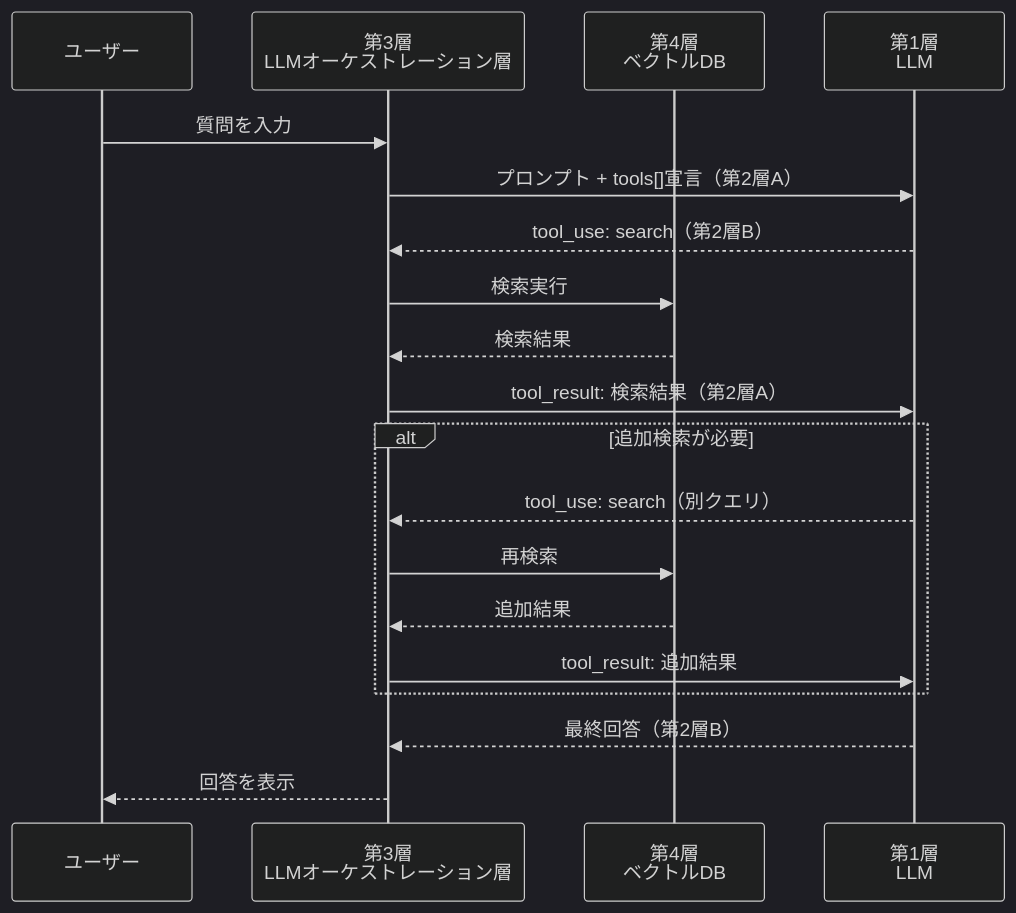
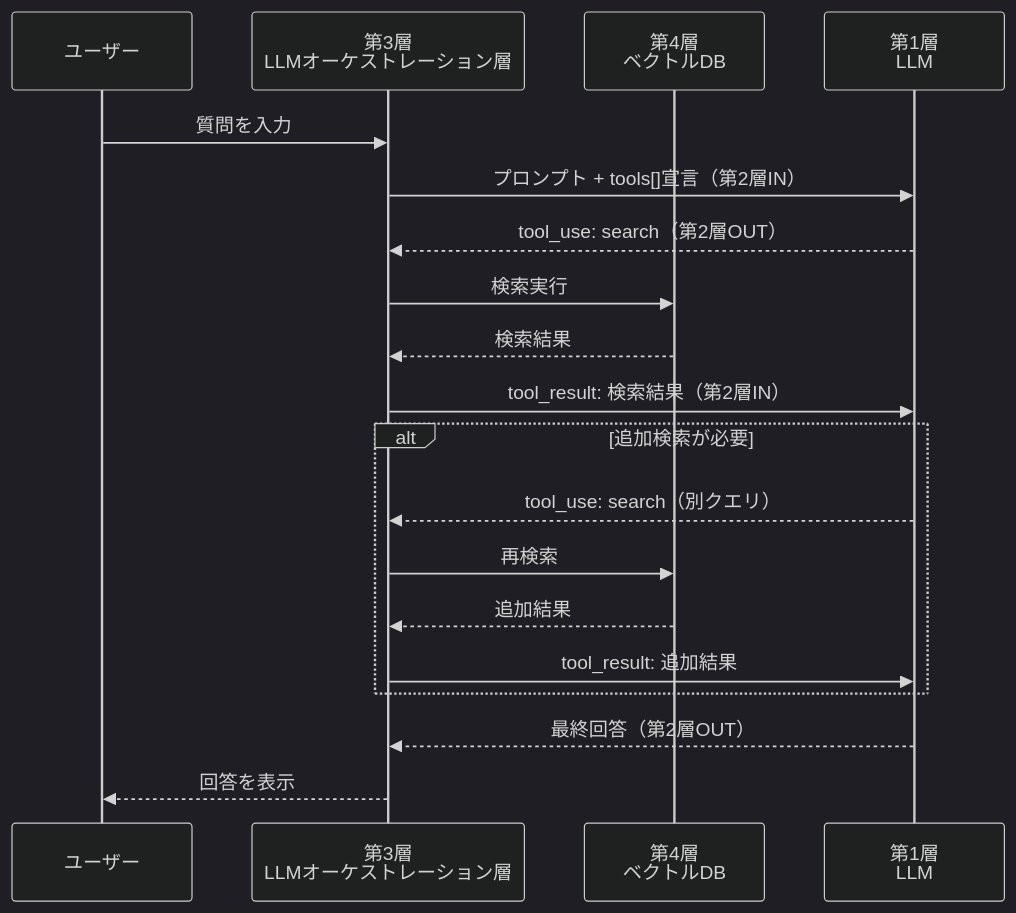
One commit to fsitlab/zenn changed the second of 4 diagrams in books/ai-agent-layered-map/04-0-external-tools.md. Above: the diagram before and after it, drawn with Mermaid (dark theme). The commit also changed other lines of this file and 12 other files, not shown here.

````diff
--- a/books/ai-agent-layered-map/04-0-external-tools.md
+++ b/books/ai-agent-layered-map/04-0-external-tools.md
@@ -154,24 +154,24 @@
 ```mermaid
 sequenceDiagram
     participant User as ユーザー
     participant App as 第3層<br/>LLMオーケストレーション層
     participant VDB as 第4層<br/>ベクトルDB
     participant LLM as 第1層<br/>LLM
 
     User->>App: 質問を入力
-    App->>LLM: プロンプト + tools[]宣言（第2層A）
-    LLM-->>App: tool_use: search（第2層B）
+    App->>LLM: プロンプト + tools[]宣言（第2層IN）
+    LLM-->>App: tool_use: search（第2層OUT）
     App->>VDB: 検索実行
     VDB-->>App: 検索結果
-    App->>LLM: tool_result: 検索結果（第2層A）
+    App->>LLM: tool_result: 検索結果（第2層IN）
 
     alt 追加検索が必要
         LLM-->>App: tool_use: search（別クエリ）
         App->>VDB: 再検索
         VDB-->>App: 追加結果
         App->>LLM: tool_result: 追加結果
     end
 
-    LLM-->>App: 最終回答（第2層B）
+    LLM-->>App: 最終回答（第2層OUT）
     App-->>User: 回答を表示
 ```
````
